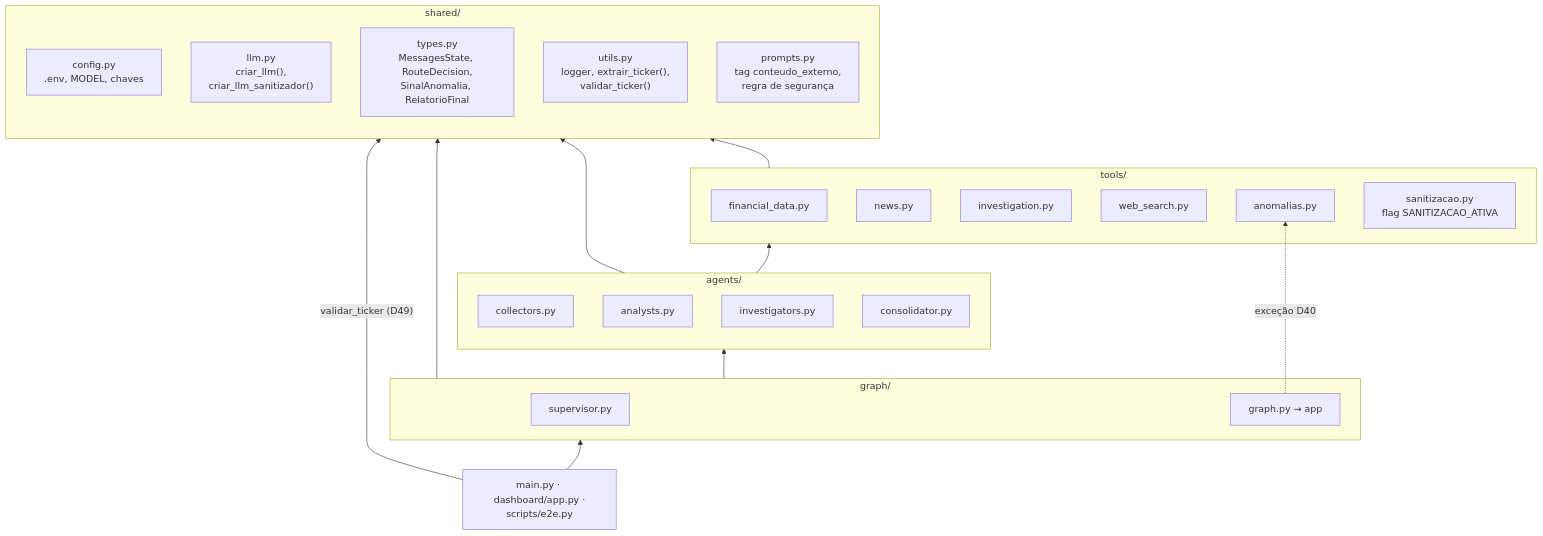
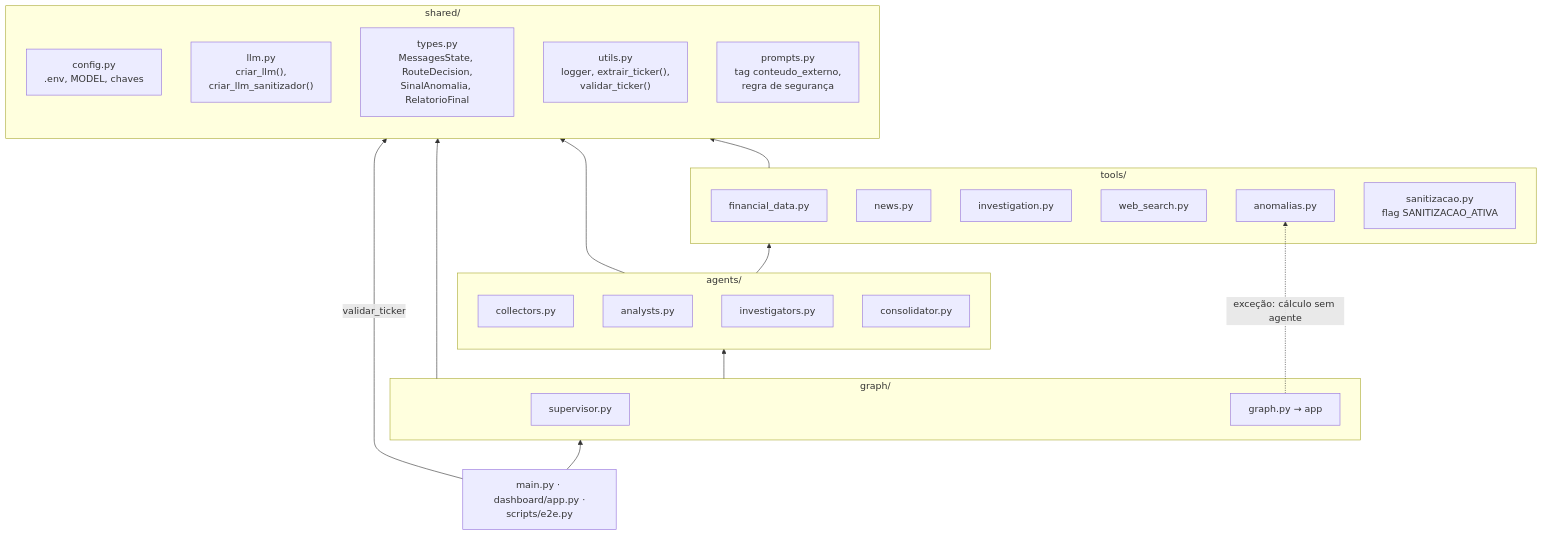
The fourth of 5 diagrams in docs/arquitetura.md (igorc22/pipeline-inteligencia-financeira-b3), drawn with Mermaid before and after one commit. The commit also changed other lines of this file and 2 other files, not shown here.

Commit message:
docs: readme e arquitetura sem referências ao diário; make help funciona no bash e ganha e2e-sanitizacao

````diff
--- a/docs/arquitetura.md
+++ b/docs/arquitetura.md
@@ -140,42 +140,42 @@
 ```mermaid
 flowchart BT
     subgraph C_SHARED["shared/"]
         CFG["config.py<br/>.env, MODEL, chaves"]
         LLMF["llm.py<br/>criar_llm(),<br/>criar_llm_sanitizador()"]
         TYP["types.py<br/>MessagesState, RouteDecision,<br/>SinalAnomalia, RelatorioFinal"]
         UTL["utils.py<br/>logger, extrair_ticker(),<br/>validar_ticker()"]
         PRM["prompts.py<br/>tag conteudo_externo,<br/>regra de segurança"]
     end
 
     subgraph C_TOOLS["tools/"]
         FD["financial_data.py"]
         NW["news.py"]
         INVT["investigation.py"]
         WS["web_search.py"]
         ANO["anomalias.py"]
         SAN["sanitizacao.py<br/>flag SANITIZACAO_ATIVA"]
     end
 
     subgraph C_AGENTS["agents/"]
         COL["collectors.py"]
         ANL["analysts.py"]
         INVA["investigators.py"]
         CONS["consolidator.py"]
     end
 
     subgraph C_GRAPH["graph/"]
         SUP["supervisor.py"]
         GR["graph.py → app"]
     end
 
     ENTRY["main.py · dashboard/app.py ·<br/>scripts/e2e.py"]
 
     C_TOOLS --> C_SHARED
     C_AGENTS --> C_TOOLS
     C_AGENTS --> C_SHARED
     C_GRAPH --> C_AGENTS
     C_GRAPH --> C_SHARED
-    GR -.->|"exceção D40"| ANO
+    GR -.->|"exceção: cálculo sem agente"| ANO
     ENTRY --> C_GRAPH
-    ENTRY -->|"validar_ticker (D49)"| C_SHARED
+    ENTRY -->|"validar_ticker"| C_SHARED
 ```
````
